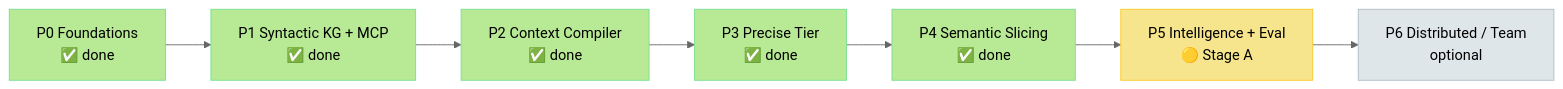
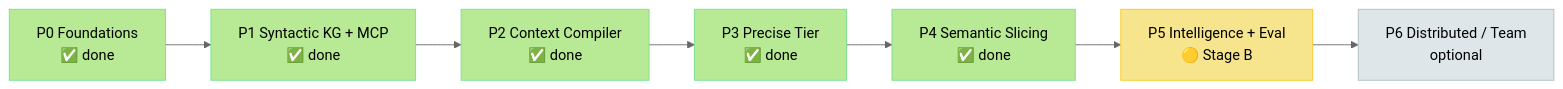
Before and after one commit to Md-Jazbee/prism: the first of 2 diagrams in docs/planning/TASKS-AND-PROGRESS.md, drawn with Mermaid (neutral theme). The commit also changed other lines of this file and 11 other files, not shown here.

First line of the commit message:
Complete Phase 5 Stage A: repository intelligence products.

````diff
--- a/docs/planning/TASKS-AND-PROGRESS.md
+++ b/docs/planning/TASKS-AND-PROGRESS.md
@@ -26,17 +26,17 @@
 ```mermaid
 flowchart LR
     P0[P0 Foundations<br/>✅ done] --> P1[P1 Syntactic KG + MCP<br/>✅ done]
     P1 --> P2[P2 Context Compiler<br/>✅ done]
     P2 --> P3[P3 Precise Tier<br/>✅ done]
     P3 --> P4[P4 Semantic Slicing<br/>✅ done]
-    P4 --> P5[P5 Intelligence + Eval<br/>🟡 Stage A]
+    P4 --> P5[P5 Intelligence + Eval<br/>🟡 Stage B]
     P5 --> P6[P6 Distributed / Team<br/>optional]
 
     style P0 fill:#b8e994,stroke:#78e08f,color:#000
     style P1 fill:#b8e994,stroke:#78e08f,color:#000
     style P2 fill:#b8e994,stroke:#78e08f,color:#000
     style P3 fill:#b8e994,stroke:#78e08f,color:#000
     style P4 fill:#b8e994,stroke:#78e08f,color:#000
     style P5 fill:#f6e58d,stroke:#f9ca24,color:#000
     style P6 fill:#dfe6e9,stroke:#b2bec3,color:#000
 ```
````
